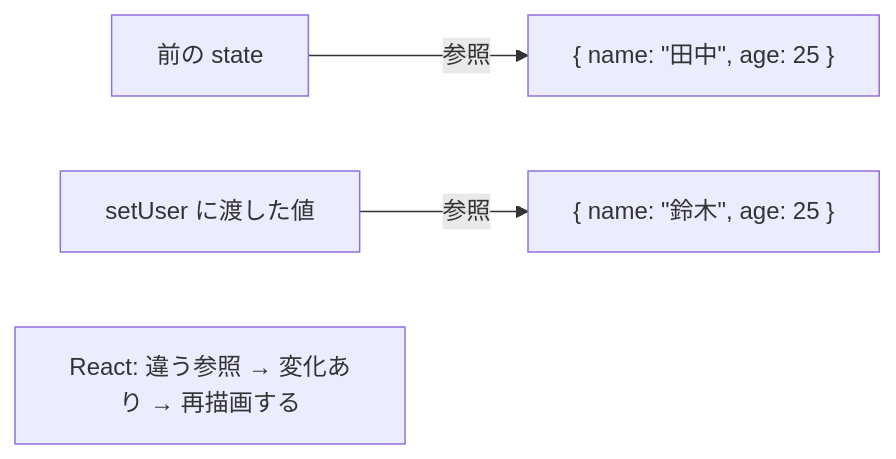
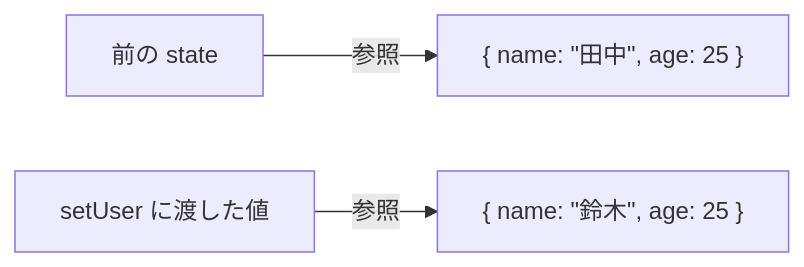
One commit to ozaki25/web-front-training-ozaki25 changed the eighth of 8 diagrams in docs/drafts/008/index.md. Above: the diagram before and after it, drawn with Mermaid. The commit also changed other lines of this file, not shown here.

First line of the commit message:
イミュータビリティレッスンをレビュー: 共感導入、比較図追加、Object.is説明、React表追加

````diff
--- a/docs/drafts/008/index.md
+++ b/docs/drafts/008/index.md
@@ -272,6 +287,5 @@
 ```mermaid
 flowchart LR
   before["前の state"] -->|参照| obj1["{ name: &quot;田中&quot;, age: 25 }"]
   after["setUser に渡した値"] -->|参照| obj2["{ name: &quot;鈴木&quot;, age: 25 }"]
-  react["React: 違う参照 → 変化あり → 再描画する"]
 ```
````
